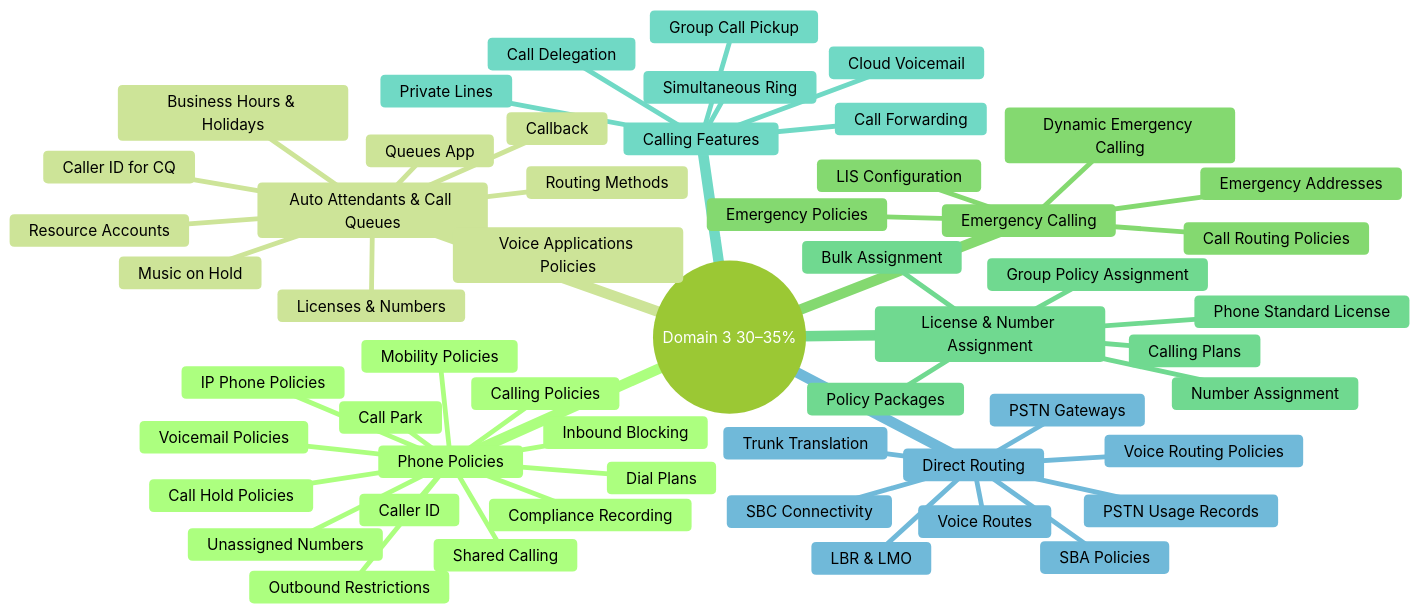
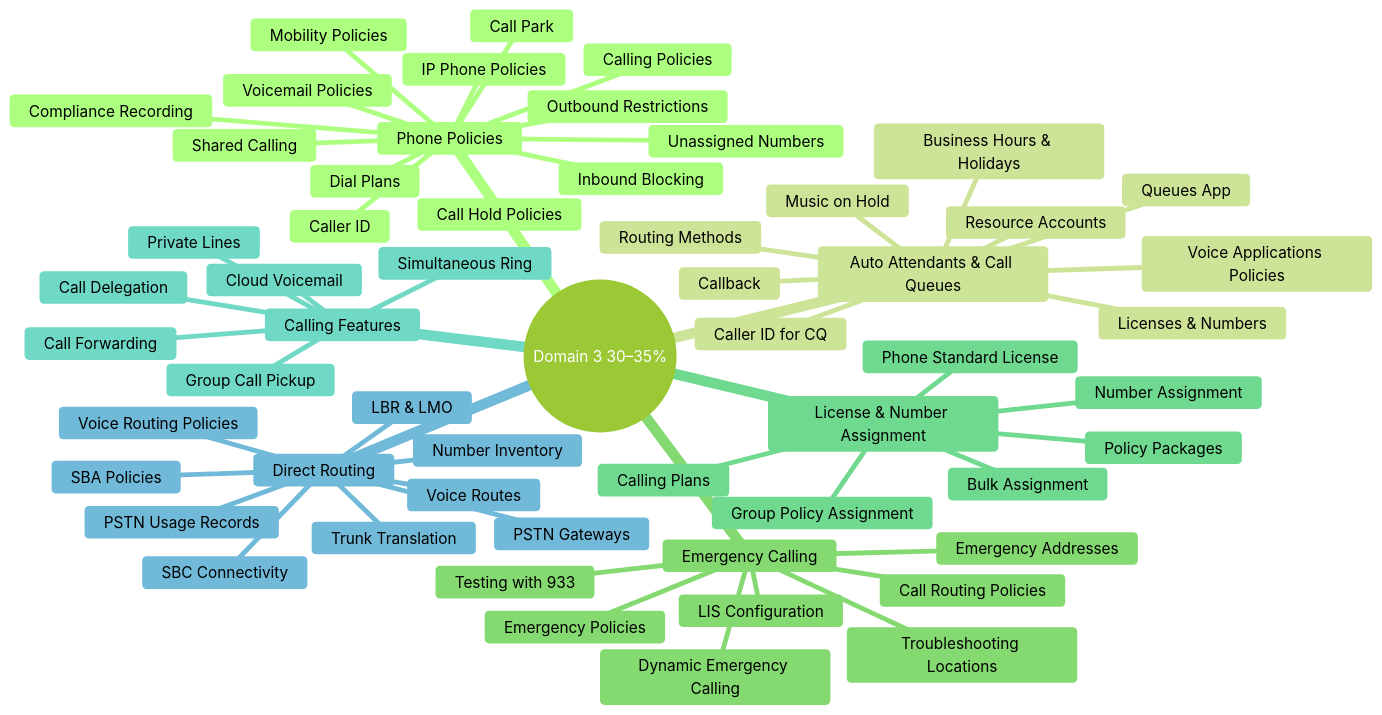
The first of 6 diagrams in 03-teams-phone.md (marcogrimaldi29/ms-721-study-notes), drawn with Mermaid (forest theme) before and after one commit. The commit also changed other lines of this file and 4 other files, not shown here.

````diff
--- a/03-teams-phone.md
+++ b/03-teams-phone.md
@@ -18,57 +18,60 @@
 ```mermaid
 mindmap
   root((Domain 3 30–35%))
     Phone Policies
       Dial Plans
       Calling Policies
       Call Park
       Caller ID
       IP Phone Policies
       Mobility Policies
       Voicemail Policies
       Call Hold Policies
       Outbound Restrictions
       Inbound Blocking
       Unassigned Numbers
       Compliance Recording
       Shared Calling
     Auto Attendants & Call Queues
       Resource Accounts
       Licenses & Numbers
       Routing Methods
       Business Hours & Holidays
       Music on Hold
       Caller ID for CQ
       Voice Applications Policies
       Callback
       Queues App
     Emergency Calling
       Emergency Addresses
       Call Routing Policies
       Emergency Policies
       LIS Configuration
       Dynamic Emergency Calling
+      Testing with 933
+      Troubleshooting Locations
     License & Number Assignment
       Phone Standard License
       Calling Plans
       Number Assignment
       Bulk Assignment
       Policy Packages
       Group Policy Assignment
     Calling Features
       Cloud Voicemail
       Group Call Pickup
       Call Forwarding
       Simultaneous Ring
       Call Delegation
       Private Lines
     Direct Routing
       SBC Connectivity
       PSTN Gateways
       PSTN Usage Records
       Voice Routes
       Voice Routing Policies
+      Number Inventory
       LBR & LMO
       Trunk Translation
       SBA Policies
 ```
````
